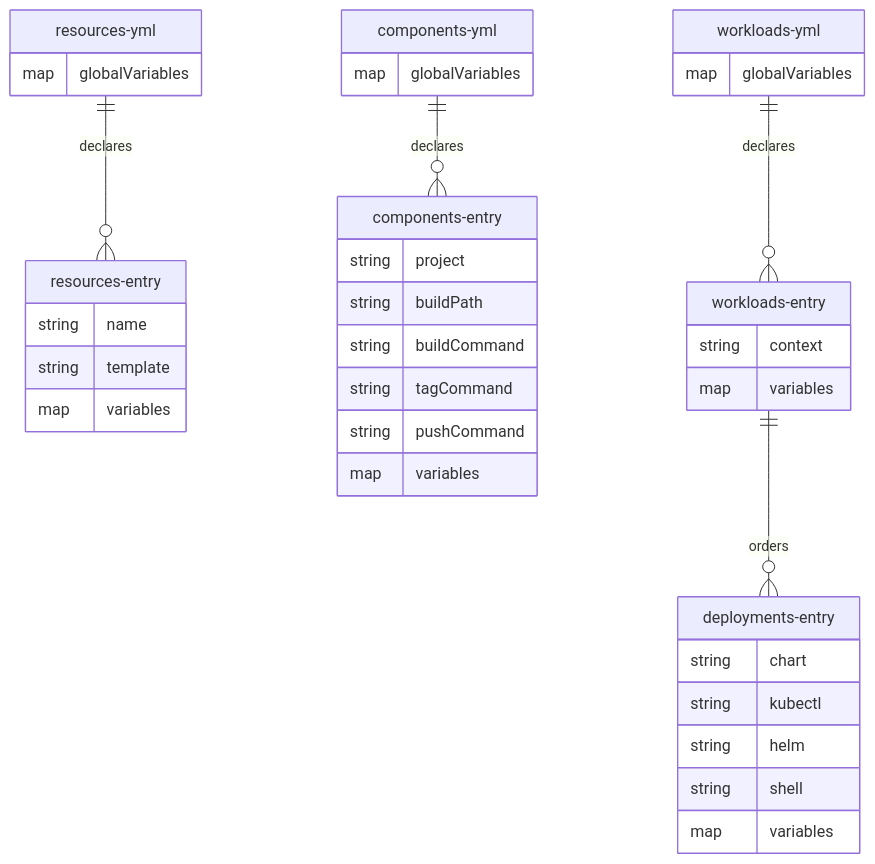
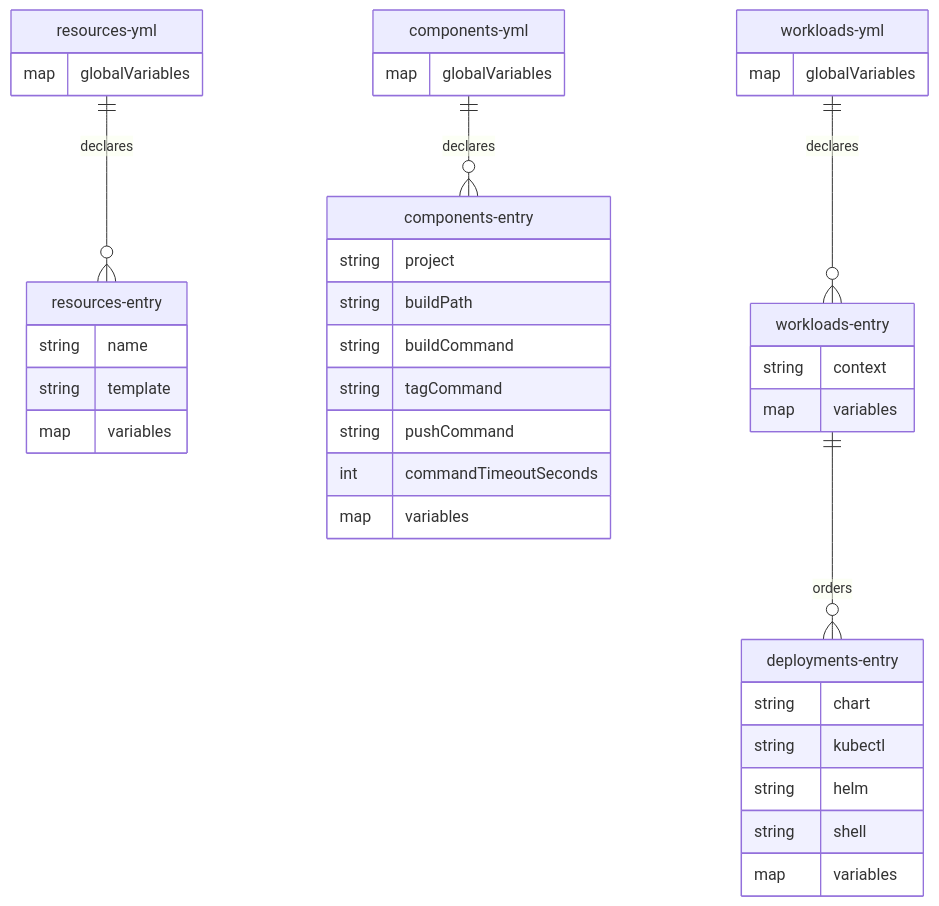
One commit to alissonsol/yuruna changed the second of 3 diagrams in docs/design/05-data-model.md. Above: the diagram before and after it, drawn with Mermaid. The commit also changed other lines of this file and 1371 other files, not shown here.

````diff
--- a/docs/design/05-data-model.md
+++ b/docs/design/05-data-model.md
@@ -83,40 +72,41 @@
 ```mermaid
 erDiagram
     resources-yml ||--o{ resources-entry : declares
     components-yml ||--o{ components-entry : declares
     workloads-yml ||--o{ workloads-entry : declares
     workloads-entry ||--o{ deployments-entry : orders
     resources-yml {
         map globalVariables
     }
     resources-entry {
         string name
         string template
         map variables
     }
     components-yml {
         map globalVariables
     }
     components-entry {
         string project
         string buildPath
         string buildCommand
         string tagCommand
         string pushCommand
+        int commandTimeoutSeconds
         map variables
     }
     workloads-yml {
         map globalVariables
     }
     workloads-entry {
         string context
         map variables
     }
     deployments-entry {
         string chart
         string kubectl
         string helm
         string shell
         map variables
     }
 ```
````
